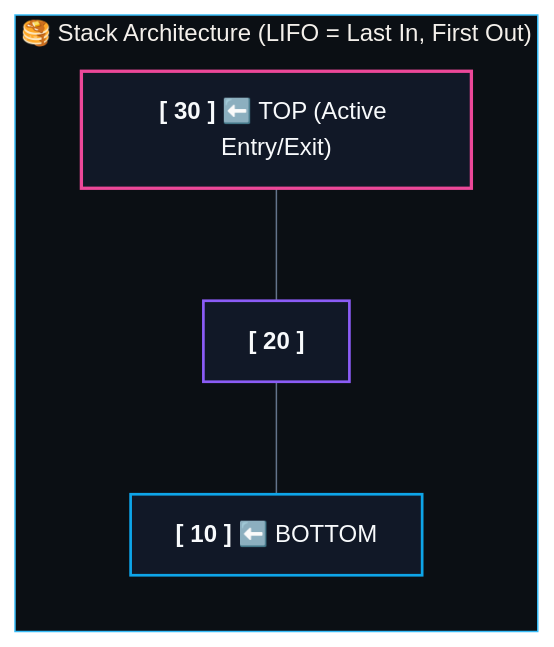
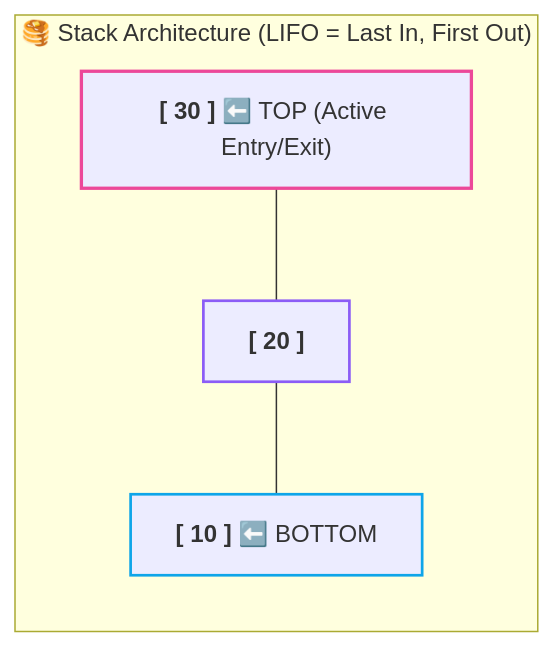
The first of 5 diagrams in CS/DSA/06. Stacks & Queues/01. Stack Fundamentals.md (abhinavbharti2345/CS_Notes), drawn with Mermaid before and after one commit. The commit also changed other lines of this file and 91 other files, not shown here.

````diff
--- a/CS/DSA/06. Stacks & Queues/01. Stack Fundamentals.md
+++ b/CS/DSA/06. Stacks & Queues/01. Stack Fundamentals.md
@@ -38,18 +38,17 @@
 ```mermaid
-%%{init: {'theme': 'base', 'themeVariables': { 'darkMode': true, 'background': '#0B0F14', 'mainBkg': '#111827', 'primaryColor': '#111827', 'primaryTextColor': '#F8FAFC', 'primaryBorderColor': '#38BDF8', 'lineColor': '#64748B', 'secondaryColor': '#0B0F14', 'tertiaryColor': '#0B0F14', 'clusterBkg': '#0B0F14', 'clusterBorder': '#38BDF8' }}}%%
 flowchart LR
     subgraph StackModel ["🥞 Stack Architecture (LIFO = Last In, First Out)"]
         direction TB
         T["<b>[ 30 ]</b> ⬅️ TOP (Active Entry/Exit)"]
         M["<b>[ 20 ]</b>"]
         B["<b>[ 10 ]</b> ⬅️ BOTTOM"]
         T --- M --- B
     end
 
-    classDef topNode fill:#111827,stroke:#ec4899,stroke-width:2.2px,color:#F8FAFC;
-    classDef midNode fill:#111827,stroke:#8b5cf6,stroke-width:1.8px,color:#F8FAFC;
-    classDef botNode fill:#111827,stroke:#0ea5e9,stroke-width:1.8px,color:#F8FAFC;
+    classDef topNode stroke:#ec4899,stroke-width:2.2px;
+    classDef midNode stroke:#8b5cf6,stroke-width:1.8px;
+    classDef botNode stroke:#0ea5e9,stroke-width:1.8px;
     class T topNode;
     class M midNode;
     class B botNode;
 ```
````
